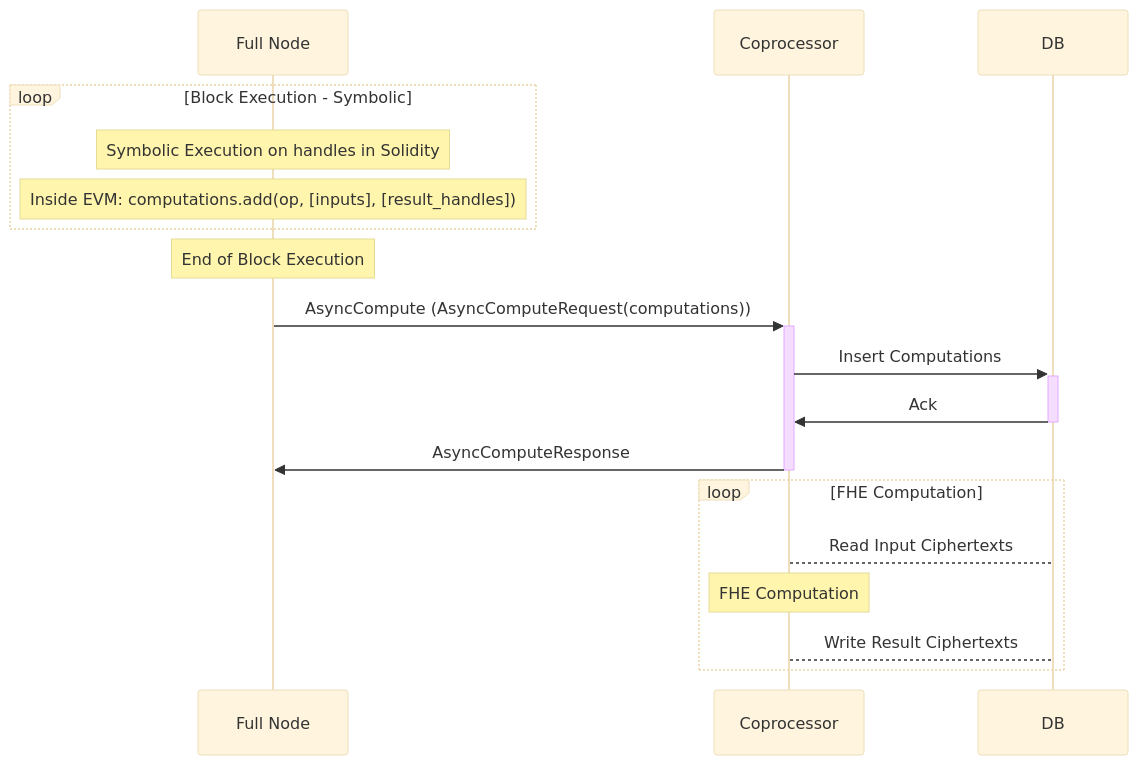
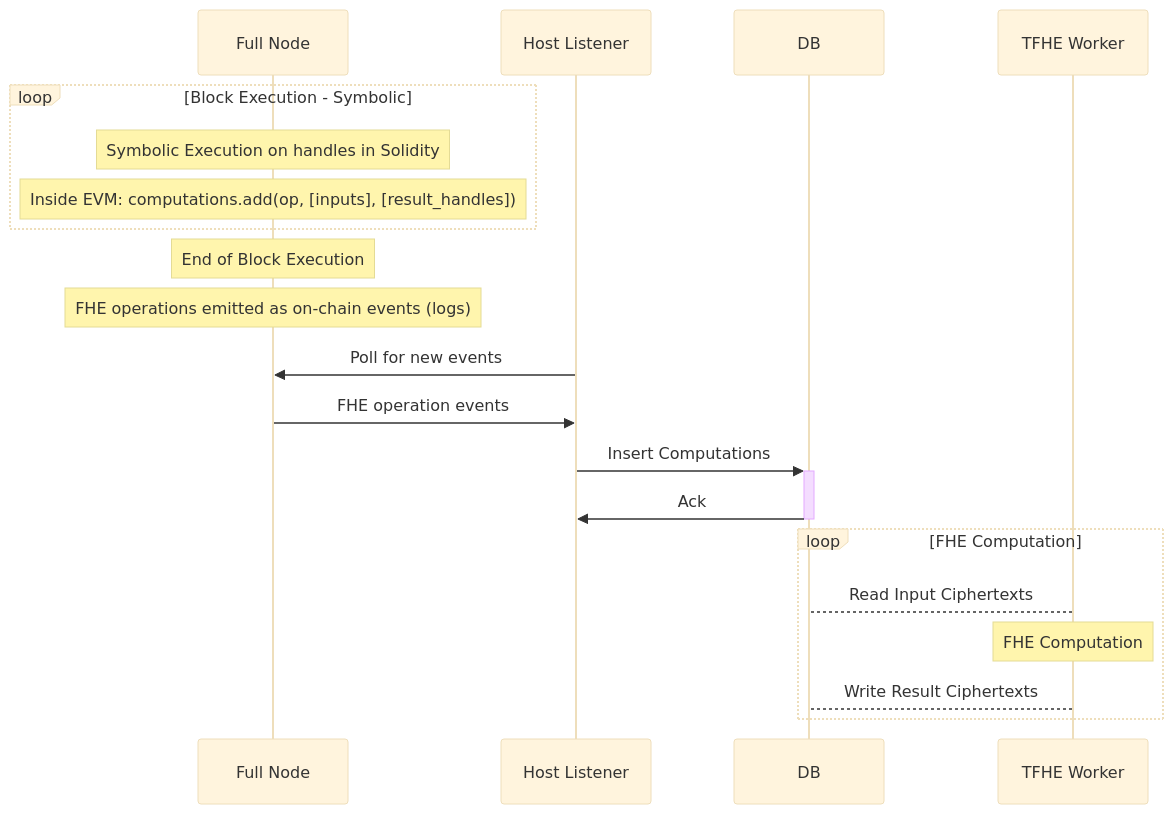
Before and after one commit to zama-ai/fhevm: the diagram in coprocessor/docs/fundamentals/fhevm/coprocessor/fhe_computation.md, drawn with Mermaid (base theme). The commit also changed other lines of this file, not shown here.

Commit message:
docs: update FHE computation diagram to reflect event-driven architecture
Replace the obsolete AsyncCompute gRPC flow with the current
host-listener event-driven architecture in the sequence diagram.

````diff
--- a/coprocessor/docs/fundamentals/fhevm/coprocessor/fhe_computation.md
+++ b/coprocessor/docs/fundamentals/fhevm/coprocessor/fhe_computation.md
@@ -10,24 +10,26 @@
 ```mermaid
 sequenceDiagram
     participant Full Node
-    participant Coprocessor
+    participant Host Listener
     participant DB
+    participant TFHE Worker
 
     loop Block Execution - Symbolic
         Note over Full Node: Symbolic Execution on handles in Solidity
         Note over Full Node: Inside EVM: computations.add(op, [inputs], [result_handles])
     end
 
     Note over Full Node: End of Block Execution
+    Note over Full Node: FHE operations emitted as on-chain events (logs)
 
-    Full Node->>+Coprocessor: AsyncCompute (AsyncComputeRequest(computations))
-    Coprocessor->>+DB: Insert Computations
-    DB->>-Coprocessor: Ack
-    Coprocessor->>-Full Node: AsyncComputeResponse
+    Host Listener->>Full Node: Poll for new events
+    Full Node->>Host Listener: FHE operation events
+    Host Listener->>+DB: Insert Computations
+    DB->>-Host Listener: Ack
 
     loop FHE Computation
-        Coprocessor --> DB: Read Input Ciphertexts
-        Note over Coprocessor: FHE Computation
-        Coprocessor --> DB: Write Result Ciphertexts
+        TFHE Worker --> DB: Read Input Ciphertexts
+        Note over TFHE Worker: FHE Computation
+        TFHE Worker --> DB: Write Result Ciphertexts
     end
 ```
````
